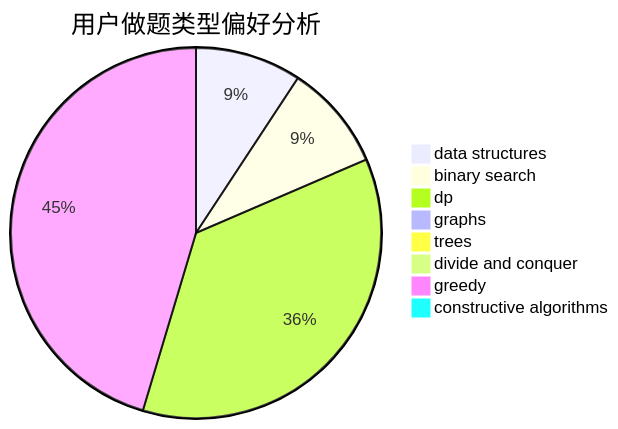
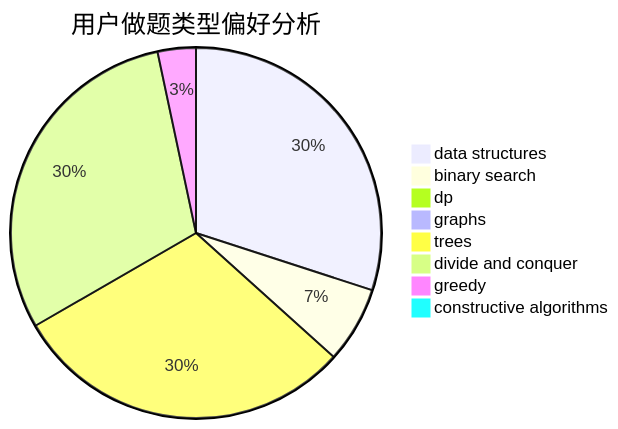
The second of 3 diagrams in docs/user/u1193.md (sherpahu/cfrs.github.io), drawn with Mermaid before and after one commit. The commit also changed other lines of this file and 2770 other files, not shown here.

````diff
--- a/docs/user/u1193.md
+++ b/docs/user/u1193.md
@@ -23,11 +23,11 @@
 ```mermaid
 pie title 用户做题类型偏好分析
-    "data structures" :  10
-    "binary search" :  10
-    "dp" :  39
+    "data structures" :  9
+    "binary search" :  2
+    "dp" :  0
     "graphs" :  0
-    "trees" :  0
-    "divide and conquer" :  0
-    "greedy" :  49
+    "trees" :  9
+    "divide and conquer" :  9
+    "greedy" :  1
     "constructive algorithms" :  0
 ```
````
